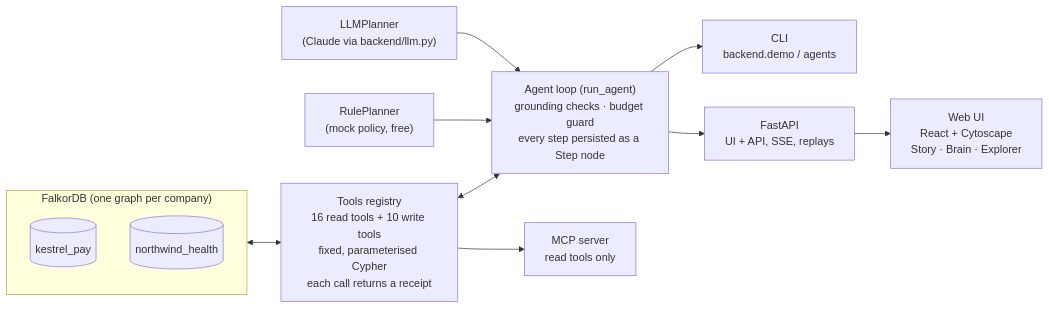
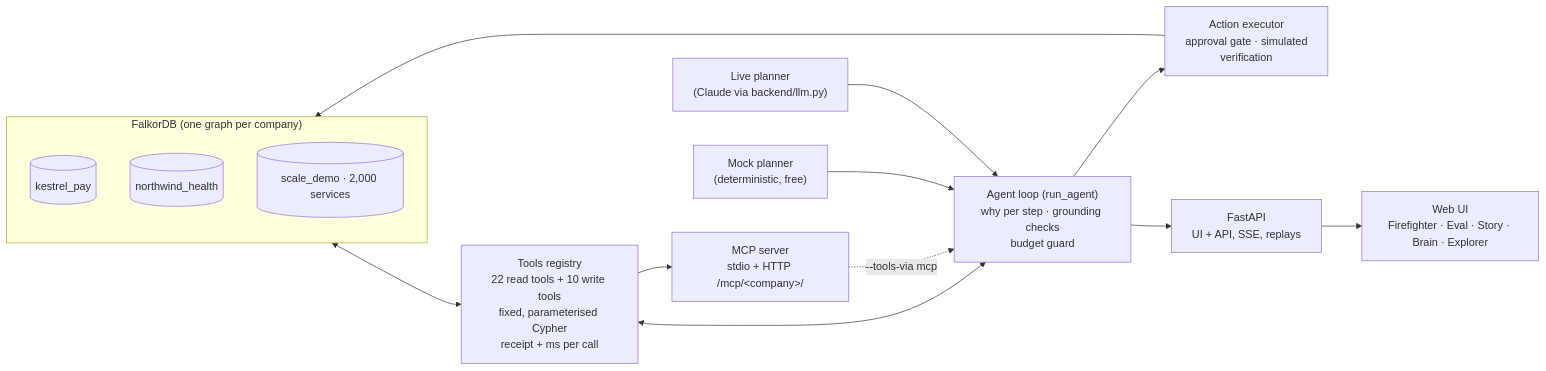
The first of 2 diagrams in README.md (jsuryacodes/incident-brain), drawn with Mermaid before and after one commit. The commit also changed other lines of this file and 4 other files, not shown here.

````diff
--- a/README.md
+++ b/README.md
@@ -68,23 +100,25 @@
 ```mermaid
 flowchart LR
   subgraph FDB["FalkorDB (one graph per company)"]
     KP[("kestrel_pay")]
     NW[("northwind_health")]
+    SD[("scale_demo · 2,000 services")]
   end
-  REG["Tools registry<br/>16 read tools + 10 write tools<br/>fixed, parameterised Cypher<br/>each call returns a receipt"]
-  LOOP["Agent loop (run_agent)<br/>grounding checks · budget guard<br/>every step persisted as a Step node"]
-  RP["RulePlanner<br/>(mock policy, free)"]
-  LP["LLMPlanner<br/>(Claude via backend/llm.py)"]
-  CLI["CLI<br/>backend.demo / agents"]
+  REG["Tools registry<br/>22 read tools + 10 write tools<br/>fixed, parameterised Cypher<br/>receipt + ms per call"]
+  LOOP["Agent loop (run_agent)<br/>why per step · grounding checks<br/>budget guard"]
+  RP["Mock planner<br/>(deterministic, free)"]
+  LP["Live planner<br/>(Claude via backend/llm.py)"]
+  ACT["Action executor<br/>approval gate · simulated<br/>verification"]
   API["FastAPI<br/>UI + API, SSE, replays"]
-  MCP["MCP server<br/>read tools only"]
+  MCP["MCP server<br/>stdio + HTTP /mcp/&lt;company&gt;/"]
   FDB <--> REG
   REG <--> LOOP
+  REG --> MCP
+  MCP -. "--tools-via mcp" .-> LOOP
   RP --> LOOP
   LP --> LOOP
-  LOOP --> CLI
+  LOOP --> ACT --> FDB
   LOOP --> API
-  UI["Web UI<br/>React + Cytoscape<br/>Story · Brain · Explorer"]
+  UI["Web UI<br/>Firefighter · Eval · Story · Brain · Explorer"]
   API --> UI
-  REG --> MCP
 ```
````
